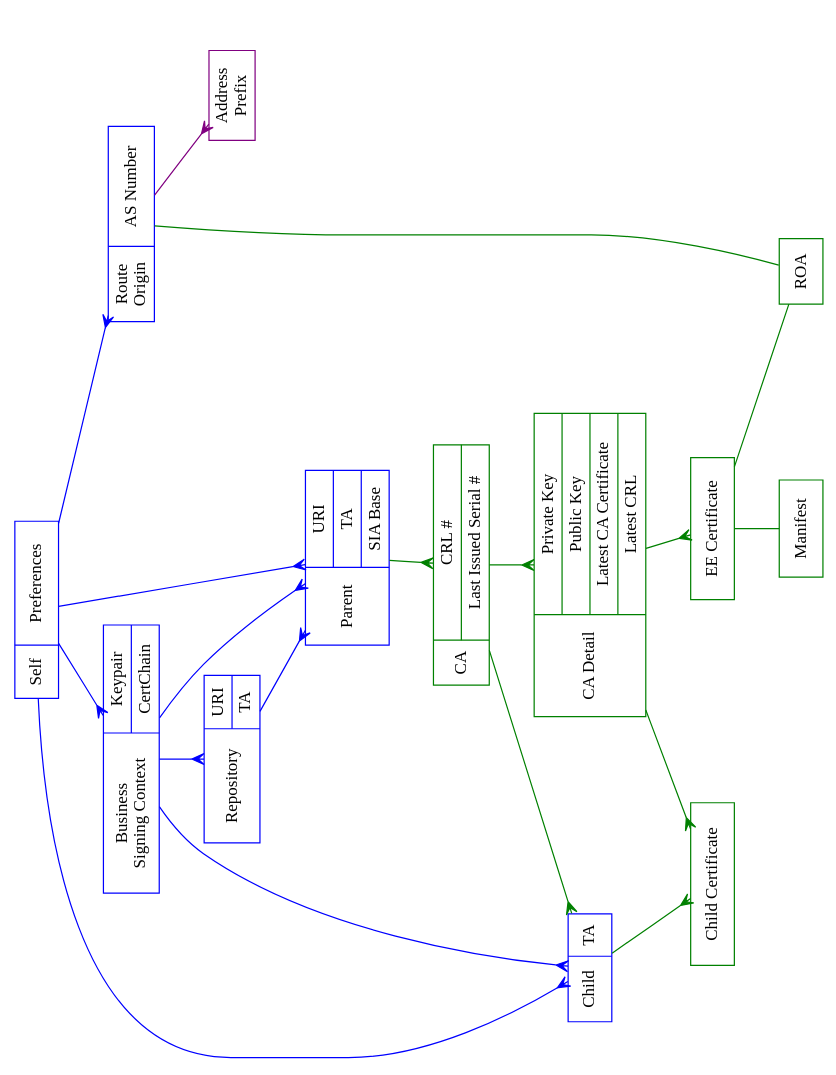
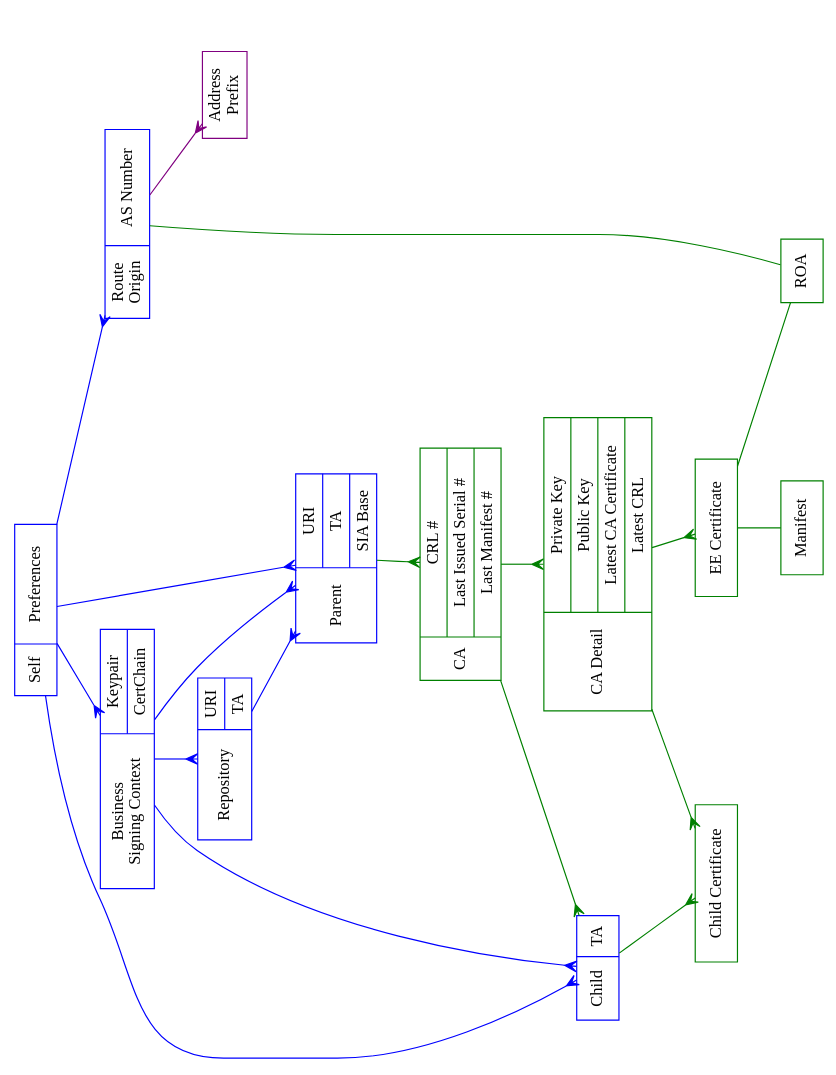
Before and after one commit to dragonresearch/rpki.net: the diagram in docs/repository-engine-objects.dot, drawn with Graphviz.

Commit message:
Fun with manifests
svn path=/docs/repository-engine-objects.dot; revision=654

```diff
--- a/docs/repository-engine-objects.dot
+++ b/docs/repository-engine-objects.dot
@@ -1,85 +1,92 @@
 // $URL$
 // $Id$
 //
 // {arrowhead,arrowtail} shapes indicate database object relationships:
 //   1-  none
 //   m-  crow
 //
 // Color code:
 //   Blue:  visible in left-right protocol
 //   Green: created on the fly
 
 digraph rpki_engine_objects {
 	rotate=90;	size="11,8.5";	splines=true;	ratio=fill;
 	node		[ shape=record ];
 
 	// Objects visible in left-to-right protocol
 	node		[ color=blue ];
 	self		[ label="Self|{Preferences}" ];
 	parent		[ label="Parent|{URI|TA|SIA Base}" ];
 	repo		[ label="Repository|{URI|TA}" ];
 	child		[ label="Child|{TA}" ];
 	biz_sign	[ label="Business\nSigning Context|{Keypair|CertChain}" ];
 	route_origin	[ label="Route\nOrigin|{AS Number}" ];
 
 	// Objects which left-right protocol sees as part of other
 	// objects but which SQL needs to be separate for
 	// normalization.
 
 	addr_set	[ label="Address\nPrefix", color=purple ];
 
 	// Objects created on the fly by the RPKI engine
 	node		[ color=green ];
-	ca		[ label="CA|{CRL #|Last Issued Serial #}" ];
+	ca		[ label="CA|{CRL #|Last Issued Serial #|Last Manifest #}" ];
+	ca_detail	[ label="CA Detail|{Private Key|Public Key|Latest CA Certificate|Latest CRL}" ];
+
+	// Do we need to store ee_cert objects in database at all?
 	ee_cert		[ label="EE Certificate" ];
+
+	// Some question whether these objects need to be in database
+	// per se or are just properties hanging on some other object
+	// like ca or ca_detail.  For manifests, we need last serial,
+	// same as for CRL.
 	roa		[ label="ROA" ];
 	manifest	[ label="Manifest" ];
-	ca_detail	[ label="CA Detail|{Private Key|Public Key|Latest CA Certificate|Latest CRL}" ];
 
 	// This one is a table of everything we have ever issued to
 	// this child, not to be confused with what's -currently-
 	// issued to this child.  Some question whether this hangs off
 	// ca or ca_detail, but we -think- hanging off of ca_detail is
 	// correct because certificates are issued by a particular
 	// keypair.
 
 	child_cert	[ label="Child Certificate" ];
 
 	// One-many mappings
 	edge [ color=blue, arrowtail=none, arrowhead=crow ];
 	self -> biz_sign;
 	biz_sign -> child;
 	biz_sign -> parent;
 	biz_sign -> repo;
 	self -> child;
 	self -> parent;
 	repo -> parent;
 	self -> route_origin;
 
 	route_origin -> addr_set [ color=purple, arrowtail=none, arrowhead=crow ];
 
 	// This is many-many because each child is an entity, each CA
 	// can have multiple children, and each child can hold certs
 	// from multiple CAs (thanks, RobL).
 	//
 	ca -> child	[ color=green, arrowtail=crow, arrowhead=crow ];
 
 	// One-many mappings
 	edge [ color=green, arrowtail=none, arrowhead=crow ];
 	ca -> ca_detail;
 	child -> child_cert;
 	parent -> ca;
 	ca_detail -> child_cert;
 	ca_detail -> ee_cert;
 
 	// One-one mapping -- separate object to highlight dynamic nature
 	edge [ color=green, arrowtail=none, arrowhead=none, style=solid ];
 	ee_cert -> roa;
 	ee_cert -> manifest;
 	route_origin -> roa;
 
 }
 
 // Local Variables:
 // compile-command: "dot -Tps2 repository-engine-objects.dot | ps2pdf - repository-engine-objects.pdf"
 // End:
```
